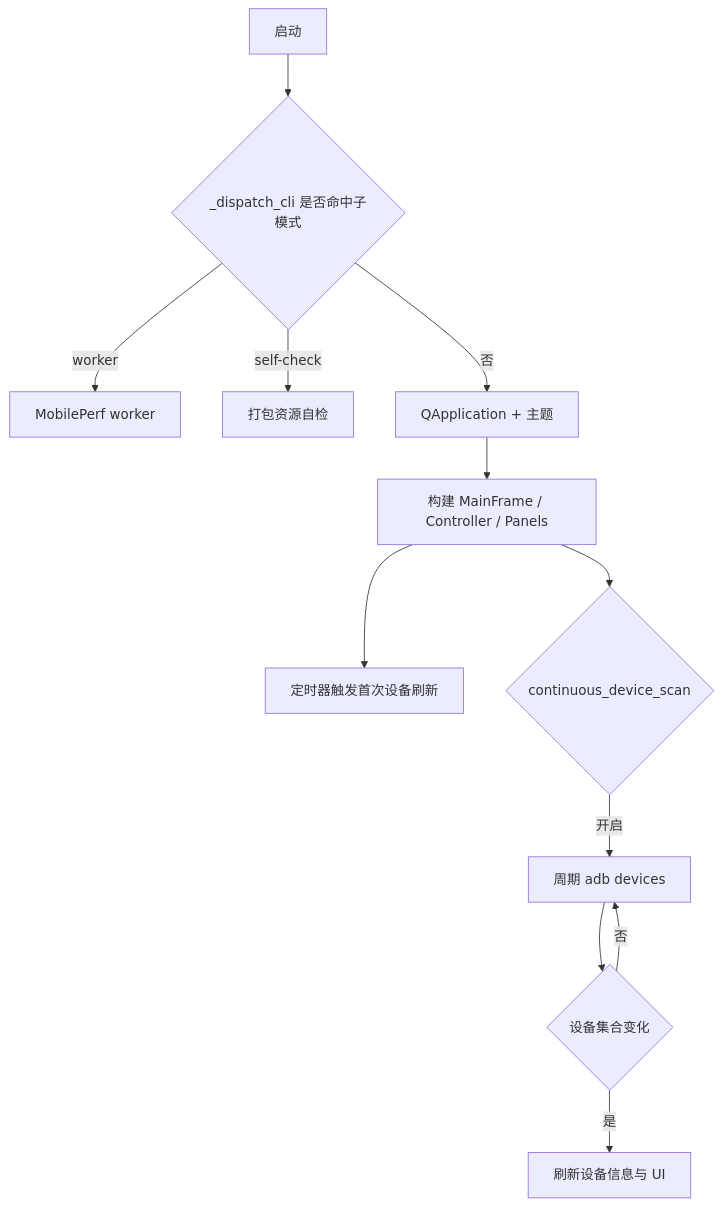
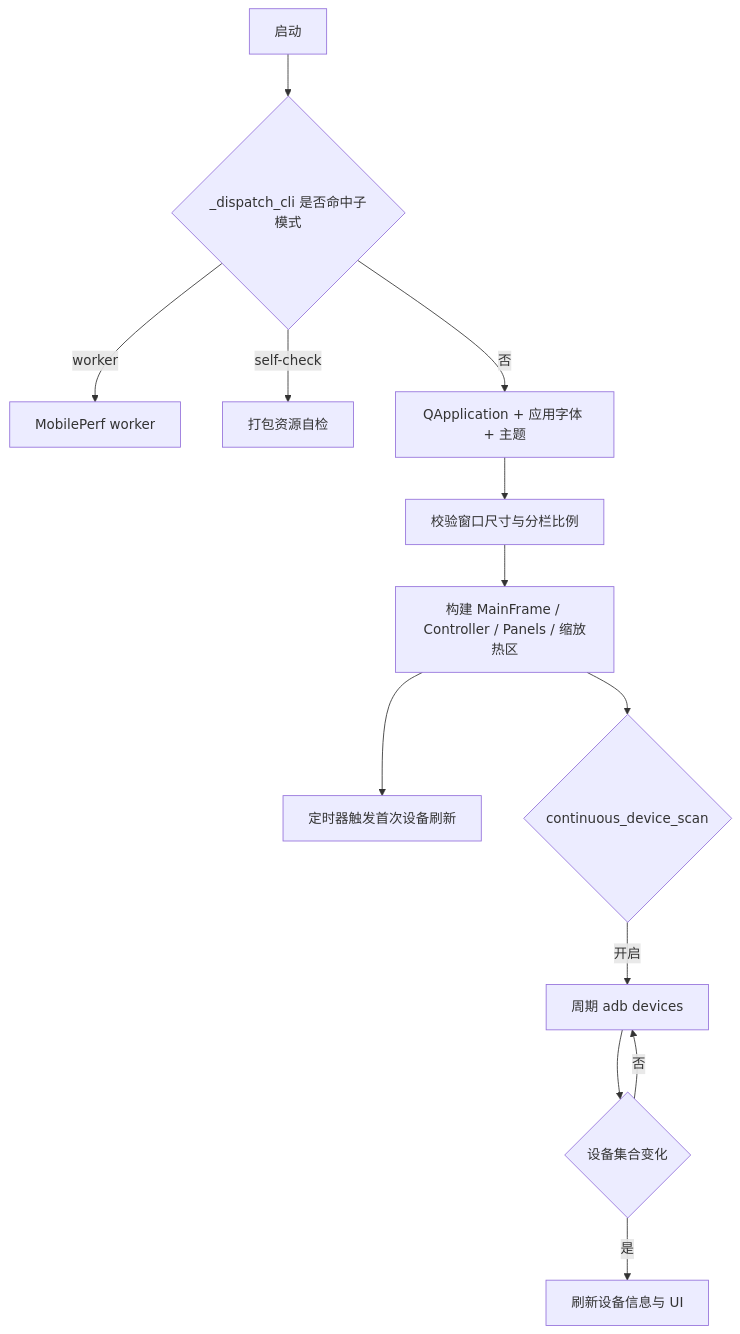
One commit to BlackHu-art/ADBLab changed the first of 6 diagrams in docs/project-knowledge/BUSINESS_FLOW.md. Above: the diagram before and after it, drawn with Mermaid. The commit also changed other lines of this file and 41 other files, not shown here.

````diff
--- a/docs/project-knowledge/BUSINESS_FLOW.md
+++ b/docs/project-knowledge/BUSINESS_FLOW.md
@@ -15,14 +15,15 @@
 ```mermaid
 flowchart TD
     Start["启动"] --> CLI{"_dispatch_cli 是否命中子模式"}
     CLI -->|"worker"| MP["MobilePerf worker"]
     CLI -->|"self-check"| Check["打包资源自检"]
-    CLI -->|"否"| Qt["QApplication + 主题"]
-    Qt --> Frame["构建 MainFrame / Controller / Panels"]
+    CLI -->|"否"| Qt["QApplication + 应用字体 + 主题"]
+    Qt --> Layout["校验窗口尺寸与分栏比例"]
+    Layout --> Frame["构建 MainFrame / Controller / Panels / 缩放热区"]
     Frame --> Initial["定时器触发首次设备刷新"]
     Frame --> Scan{"continuous_device_scan"}
     Scan -->|"开启"| Poll["周期 adb devices"]
     Poll --> Changed{"设备集合变化"}
     Changed -->|"是"| Refresh["刷新设备信息与 UI"]
     Changed -->|"否"| Poll
 ```
````
